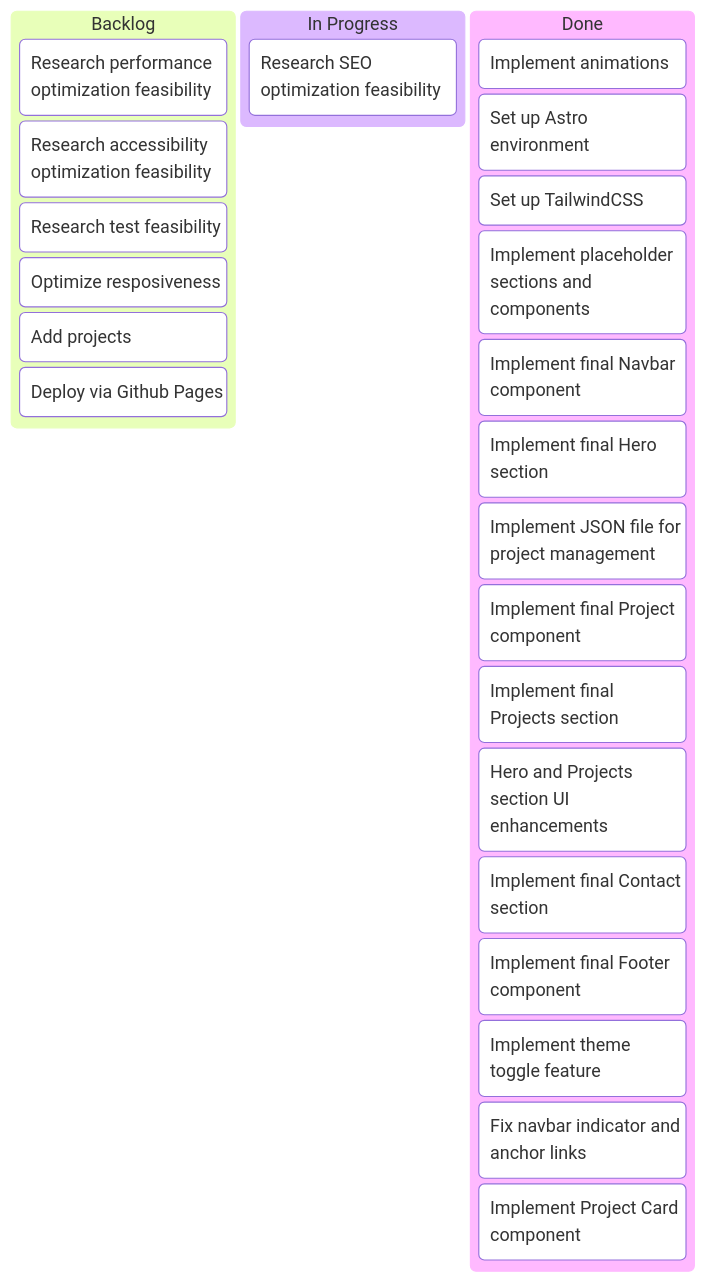
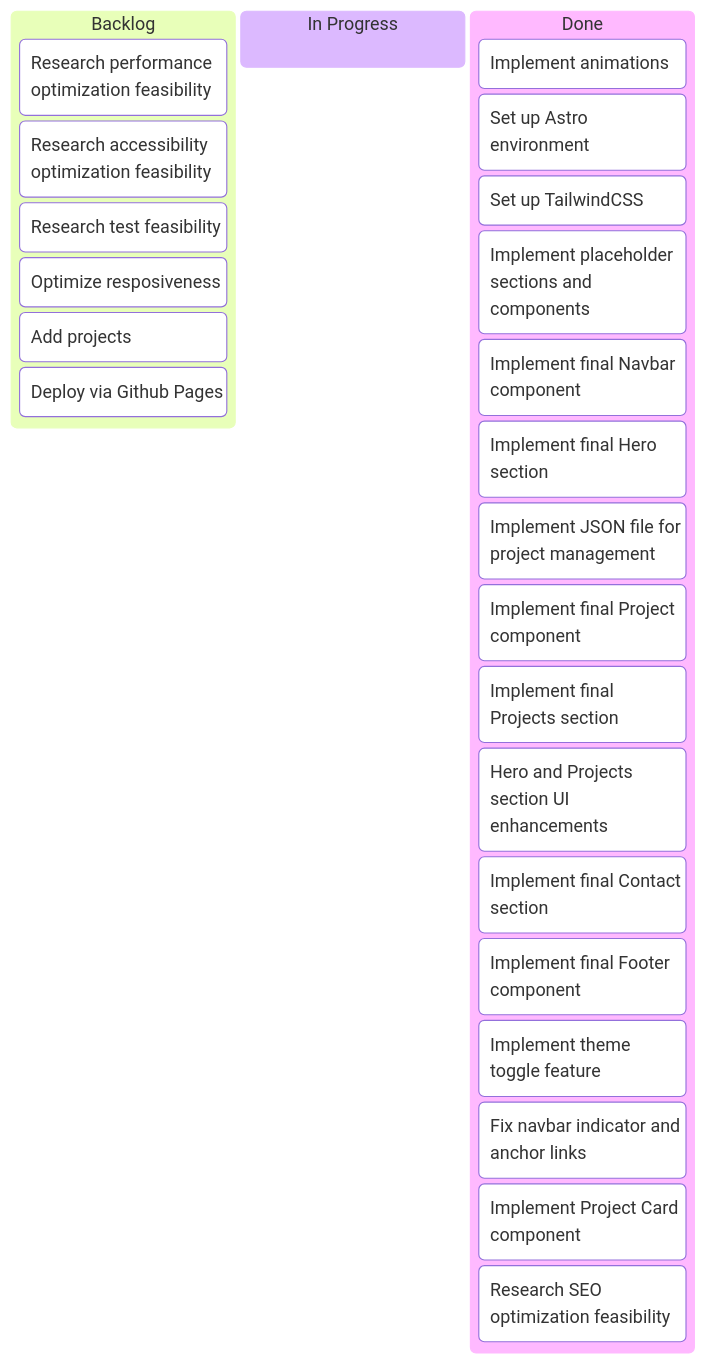
The diagram in docs/kanban.md (CantarinoG/portfolio), drawn with Mermaid before and after one commit. The commit also changed other lines of this file and 8 other files, not shown here.

Commit message:
feat: complete project modal enhancement, seo optimization, and custom branding

````diff
--- a/docs/kanban.md
+++ b/docs/kanban.md
@@ -1,28 +1,28 @@
 ```mermaid
 kanban
   stage1[Backlog]
     card18[Research performance optimization feasibility]
     card19[Research accessibility optimization feasibility]
     card21[Research test feasibility]
     card23[Optimize resposiveness]
     card25[Add projects]
     card20[Deploy via Github Pages]
   stage2[In Progress]
-    card17[Research SEO optimization feasibility]
   stage3[Done]
     card16[Implement animations]
     card1[Set up Astro environment]
     card24[Set up TailwindCSS]
     card5[Implement placeholder sections and components]
     card6[Implement final Navbar component]
     card7[Implement final Hero section]
     card22[Implement JSON file for project management]
     card8[Implement final Project component]
     card11[Implement final Projects section]
     card26[Hero and Projects section UI enhancements]
     card12[Implement final Contact section]
     card14[Implement final Footer component]
     card15[Implement theme toggle feature]
     card28[Fix navbar indicator and anchor links]
     card27[Implement Project Card component]
+    card17[Research SEO optimization feasibility]
 ```
````
